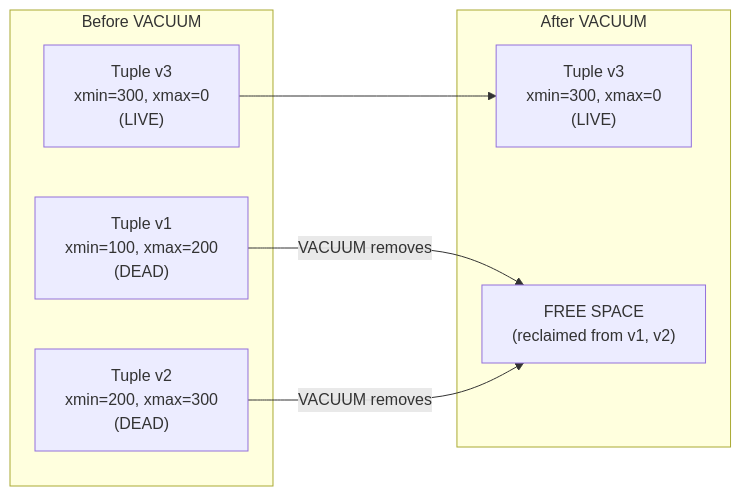
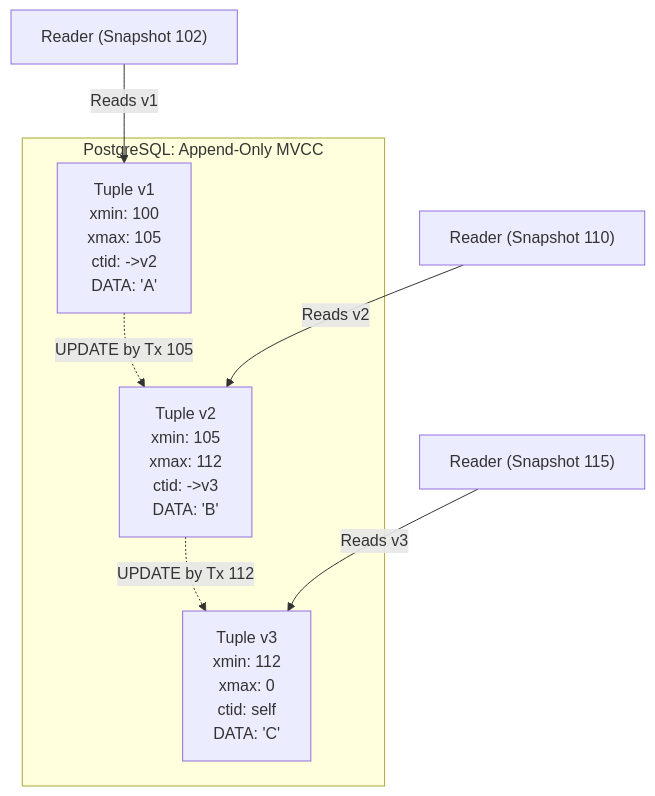
One commit to sivanagaraju/sparkantrigravity changed the first of 4 diagrams in PrincipleDataArchitect/02_Database_Systems/02_Transactions_and_Consistency/01_MVCC_Internals/02_How_It_Works.md. Above: the diagram before and after it, drawn with Mermaid. The commit also changed other lines of this file and 127 other files, not shown here.

````diff
--- a/PrincipleDataArchitect/02_Database_Systems/02_Transactions_and_Consistency/01_MVCC_Internals/02_How_It_Works.md
+++ b/PrincipleDataArchitect/02_Database_Systems/02_Transactions_and_Consistency/01_MVCC_Internals/02_How_It_Works.md
@@ -47,17 +24,15 @@
 ```mermaid
-flowchart LR
-    subgraph "Before VACUUM"
-        T1["Tuple v1<br/>xmin=100, xmax=200<br/>(DEAD)"]
-        T2["Tuple v2<br/>xmin=200, xmax=300<br/>(DEAD)"]
-        T3["Tuple v3<br/>xmin=300, xmax=0<br/>(LIVE)"]
+flowchart TD
+    subgraph "PostgreSQL: Append-Only MVCC"
+        T1["Tuple v1<br/>xmin: 100<br/>xmax: 105<br/>ctid: ->v2<br/>DATA: 'A'"]
+        T2["Tuple v2<br/>xmin: 105<br/>xmax: 112<br/>ctid: ->v3<br/>DATA: 'B'"]
+        T3["Tuple v3<br/>xmin: 112<br/>xmax: 0<br/>ctid: self<br/>DATA: 'C'"]
+        
+        T1 -.->|"UPDATE by Tx 105"| T2
+        T2 -.->|"UPDATE by Tx 112"| T3
     end
     
-    subgraph "After VACUUM"
-        T3b["Tuple v3<br/>xmin=300, xmax=0<br/>(LIVE)"]
-        FS["FREE SPACE<br/>(reclaimed from v1, v2)"]
-    end
-    
-    T1 -->|"VACUUM removes"| FS
-    T2 -->|"VACUUM removes"| FS
-    T3 --> T3b
+    R1["Reader (Snapshot 102)"] -->|"Reads v1"| T1
+    R2["Reader (Snapshot 110)"] -->|"Reads v2"| T2
+    R3["Reader (Snapshot 115)"] -->|"Reads v3"| T3
 ```
````
